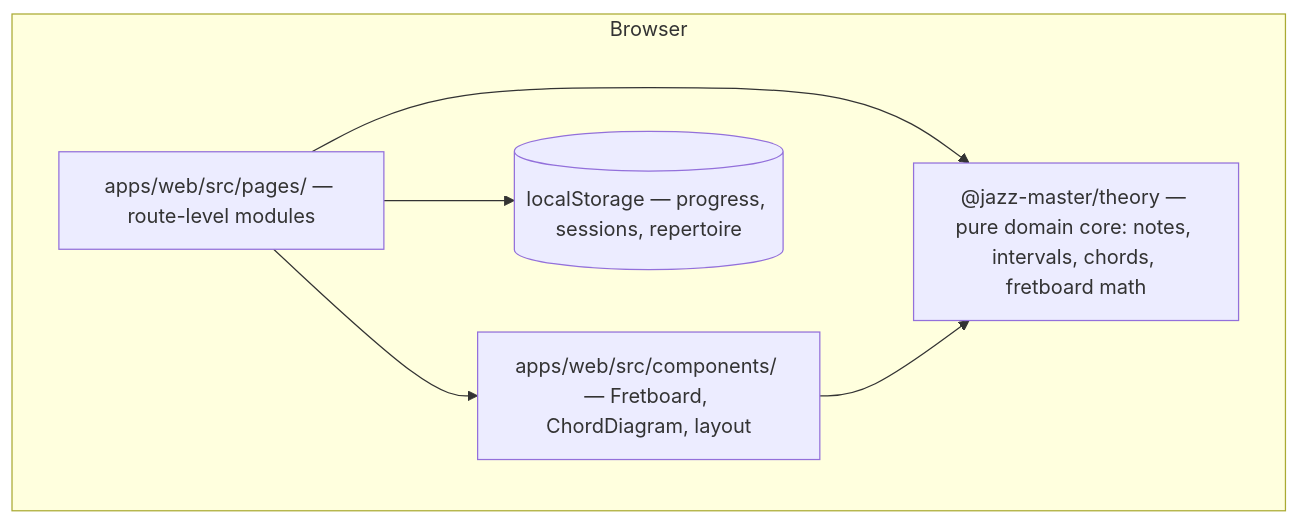
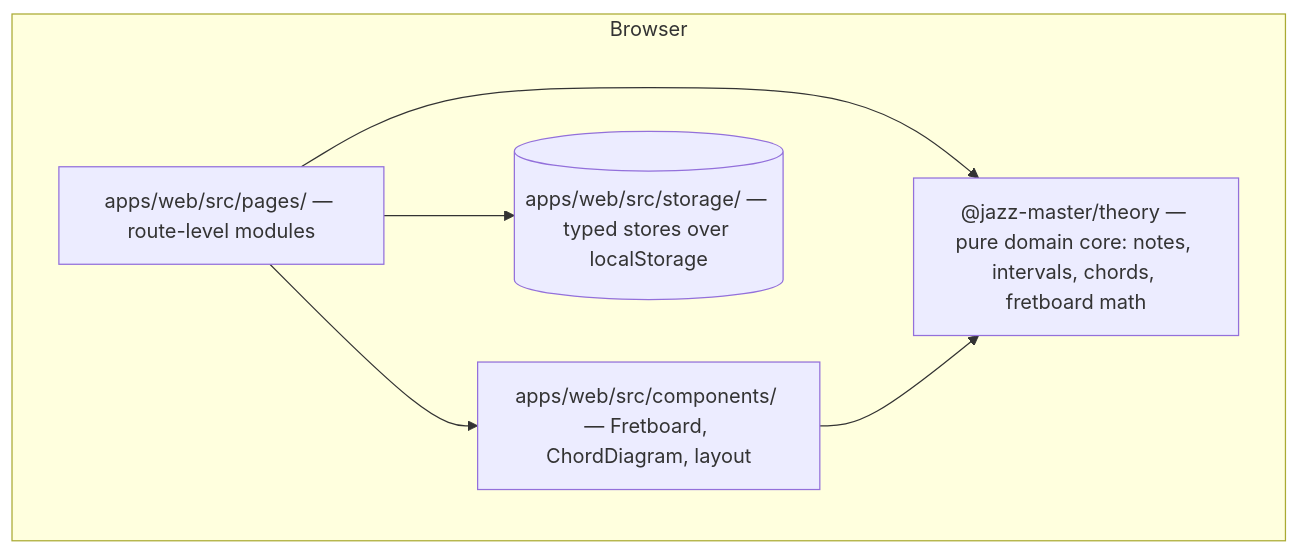
One commit to flooper68/jazz-master changed the diagram in architecture/overview.md. Above: the diagram before and after it, drawn with Mermaid. The commit also changed other lines of this file and 9 other files, not shown here.

````diff
--- a/architecture/overview.md
+++ b/architecture/overview.md
@@ -9,13 +9,13 @@
 ```mermaid
 flowchart TD
     subgraph Browser
         pages[apps/web/src/pages/ — route-level modules]
         components[apps/web/src/components/ — Fretboard, ChordDiagram, layout]
         theory["@jazz-master/theory — pure domain core: notes, intervals, chords, fretboard math"]
-        storage[(localStorage — progress, sessions, repertoire)]
+        storage[(apps/web/src/storage/ — typed stores over localStorage)]
     end
     pages --> components
     pages --> theory
     components --> theory
     pages --> storage
 ```
````
